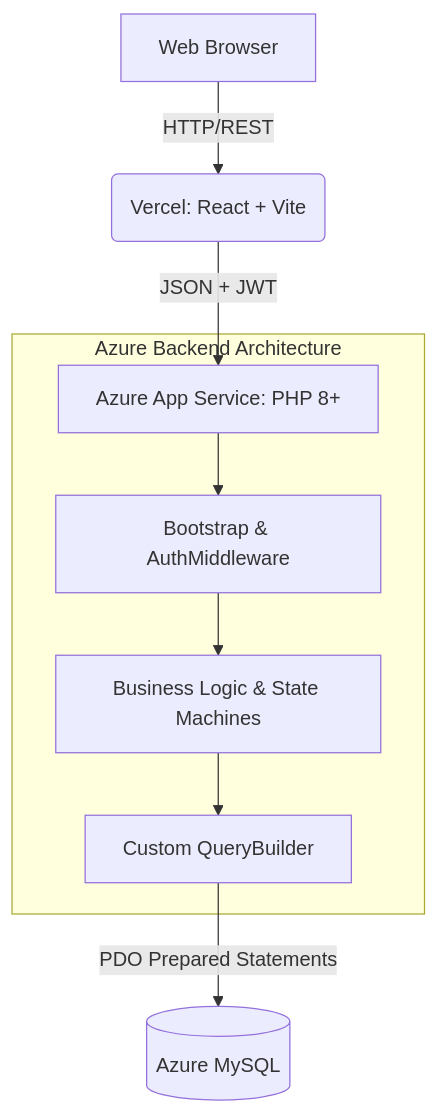
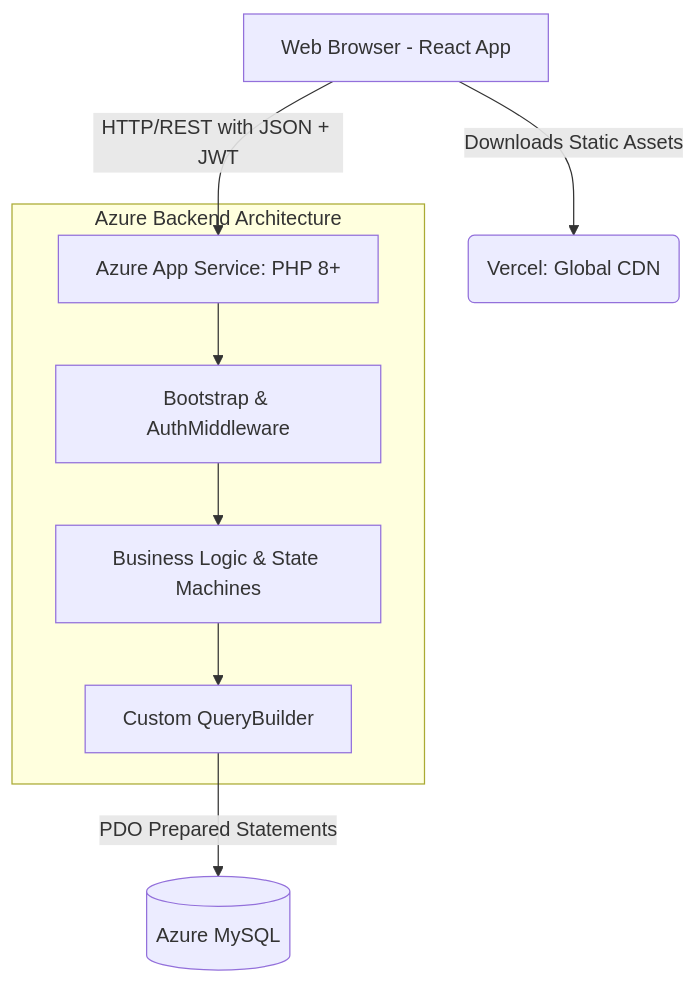
One commit to Saranga2000-Creater/FixGo-Web-Application changed the diagram in README.md. Above: the diagram before and after it, drawn with Mermaid.

````diff
--- a/README.md
+++ b/README.md
@@ -20,13 +20,13 @@
 ```mermaid
 graph TD
-    Client[Web Browser] -->|HTTP/REST| Frontend(Vercel: React + Vite)
-    Frontend -->|JSON + JWT| API_Gateway[Azure App Service: PHP 8+]
+    Client[Web Browser - React App] -->|Downloads Static Assets| Vercel(Vercel: Global CDN)
+    Client -->|HTTP/REST with JSON + JWT| API_Gateway[Azure App Service: PHP 8+]
     
     subgraph Azure Backend Architecture
         API_Gateway --> Middleware[Bootstrap & AuthMiddleware]
         Middleware --> Controllers[Business Logic & State Machines]
         Controllers --> Models[Custom QueryBuilder]
     end
     
     Models -->|PDO Prepared Statements| DB[(Azure MySQL)]
 ```
````
